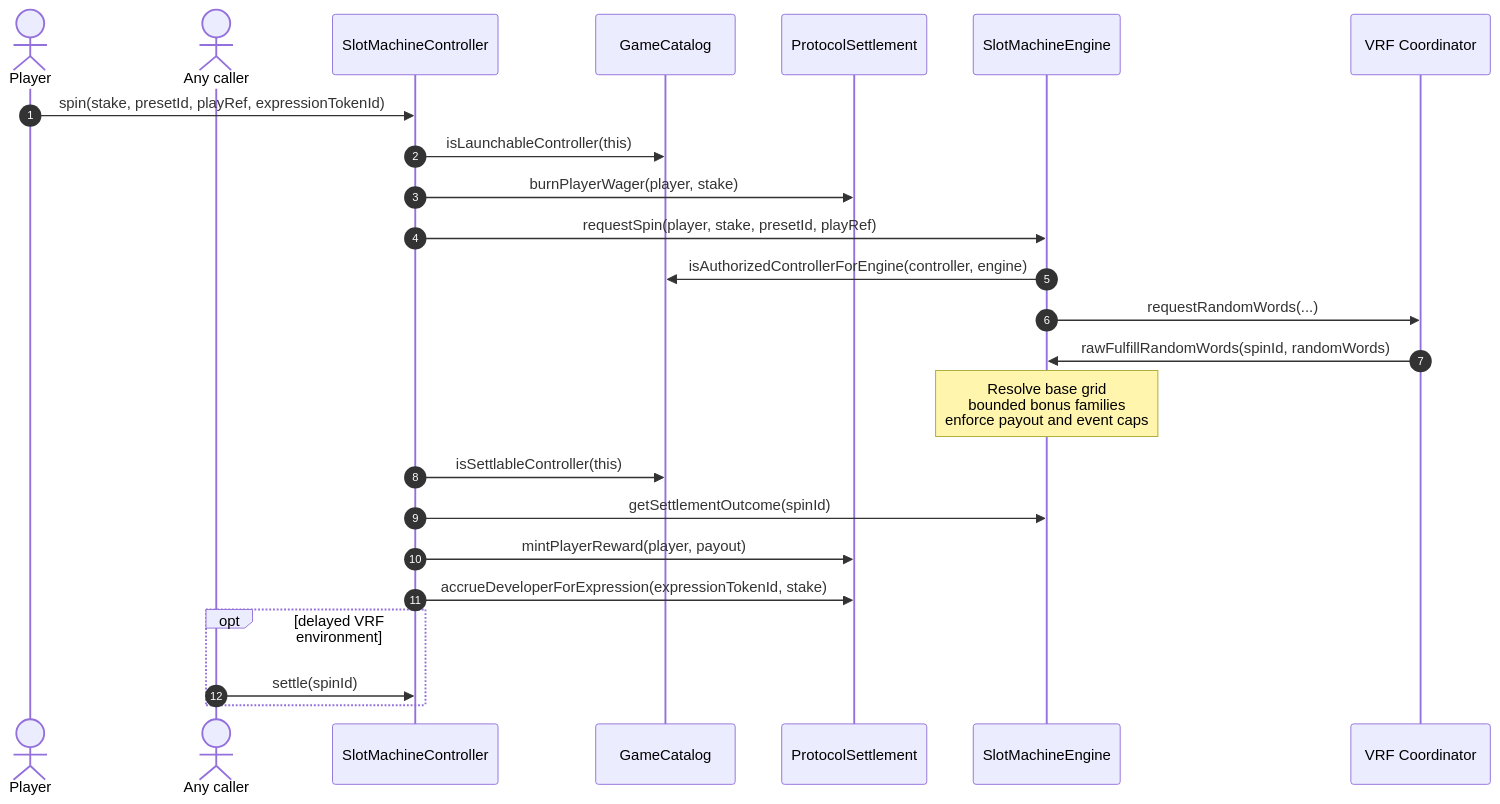
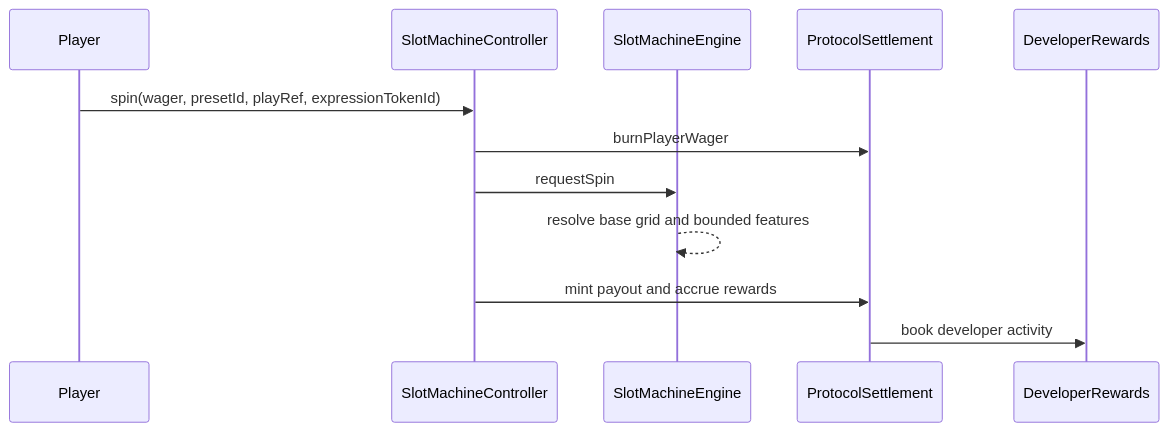
The second of 2 diagrams in docs/game-module-user-flows.md (zachdt/scuro), drawn with Mermaid before and after one commit. The commit also changed other lines of this file and 255 other files, not shown here.

````diff
--- a/docs/game-module-user-flows.md
+++ b/docs/game-module-user-flows.md
@@ -59,28 +30,15 @@
 ```mermaid
 sequenceDiagram
-    autonumber
-    actor Player
-    actor Caller as Any caller
+    participant Player
     participant Controller as SlotMachineController
-    participant Catalog as GameCatalog
+    participant Engine as SlotMachineEngine
     participant Settlement as ProtocolSettlement
-    participant Engine as SlotMachineEngine
-    participant VRF as VRF Coordinator
+    participant Rewards as DeveloperRewards
 
-    Player->>Controller: spin(stake, presetId, playRef, expressionTokenId)
-    Controller->>Catalog: isLaunchableController(this)
-    Controller->>Settlement: burnPlayerWager(player, stake)
-    Controller->>Engine: requestSpin(player, stake, presetId, playRef)
-    Engine->>Catalog: isAuthorizedControllerForEngine(controller, engine)
-    Engine->>VRF: requestRandomWords(...)
-    VRF->>Engine: rawFulfillRandomWords(spinId, randomWords)
-    Note over Engine: Resolve base grid<br/>bounded bonus families<br/>enforce payout and event caps
-    Controller->>Catalog: isSettlableController(this)
-    Controller->>Engine: getSettlementOutcome(spinId)
-    Controller->>Settlement: mintPlayerReward(player, payout)
-    Controller->>Settlement: accrueDeveloperForExpression(expressionTokenId, stake)
-
-    opt delayed VRF environment
-        Caller->>Controller: settle(spinId)
-    end
+    Player->>Controller: spin(wager, presetId, playRef, expressionTokenId)
+    Controller->>Settlement: burnPlayerWager
+    Controller->>Engine: requestSpin
+    Engine-->>Engine: resolve base grid and bounded features
+    Controller->>Settlement: mint payout and accrue rewards
+    Settlement->>Rewards: book developer activity
 ```
````
